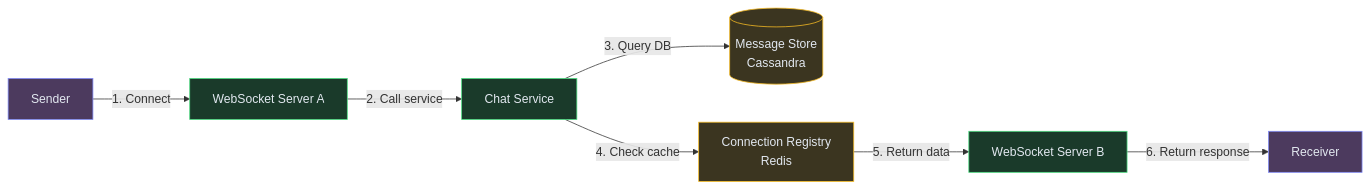
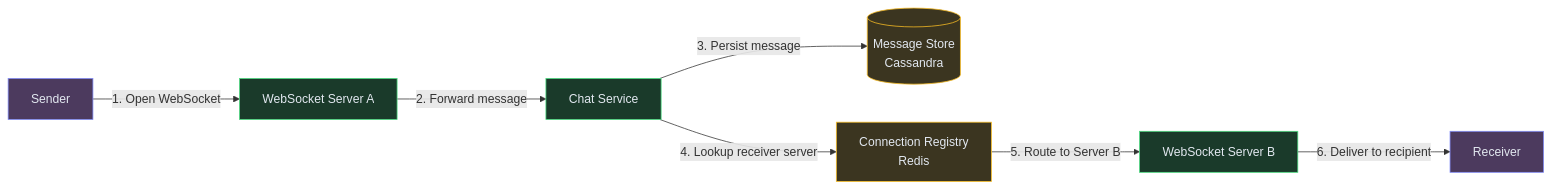
The third of 6 diagrams in content/hld/ChatSystem.md (iluzn/HLD-Designs), drawn with Mermaid before and after one commit. The commit also changed other lines of this file and 27 other files, not shown here.

````diff
--- a/content/hld/ChatSystem.md
+++ b/content/hld/ChatSystem.md
@@ -178,21 +178,21 @@
 ```mermaid
 flowchart LR
     SENDER["Sender"]:::client
     WS1["WebSocket Server A"]:::service
     CHAT["Chat Service"]:::service
     STORE[("Message Store<br/>Cassandra")]:::data
     ROUTE["Connection Registry<br/>Redis"]:::data
     WS2["WebSocket Server B"]:::service
     RECEIVER["Receiver"]:::client
 
-    SENDER -->|"1. Connect"| WS1
-    WS1 -->|"2. Call service"| CHAT
-    CHAT -->|"3. Query DB"| STORE
-    CHAT -->|"4. Check cache"| ROUTE
-    ROUTE -->|"5. Return data"| WS2
-    WS2 -->|"6. Return response"| RECEIVER
+    SENDER -->|"1. Open WebSocket"| WS1
+    WS1 -->|"2. Forward message"| CHAT
+    CHAT -->|"3. Persist message"| STORE
+    CHAT -->|"4. Lookup receiver server"| ROUTE
+    ROUTE -->|"5. Route to Server B"| WS2
+    WS2 -->|"6. Deliver to recipient"| RECEIVER
 
     classDef client fill:#4c3a5e,stroke:#818cf8,color:#e2e8f0
     classDef service fill:#1a3a2a,stroke:#4ade80,color:#e2e8f0
     classDef data fill:#3b3520,stroke:#fbbf24,color:#e2e8f0
 ```
````
